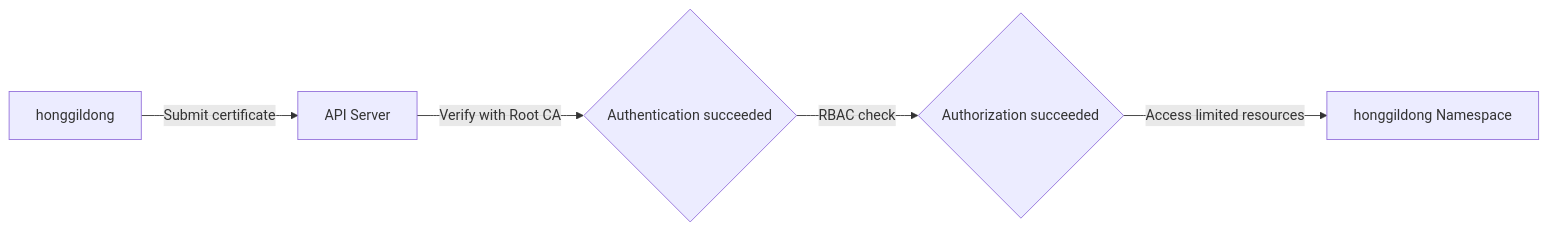
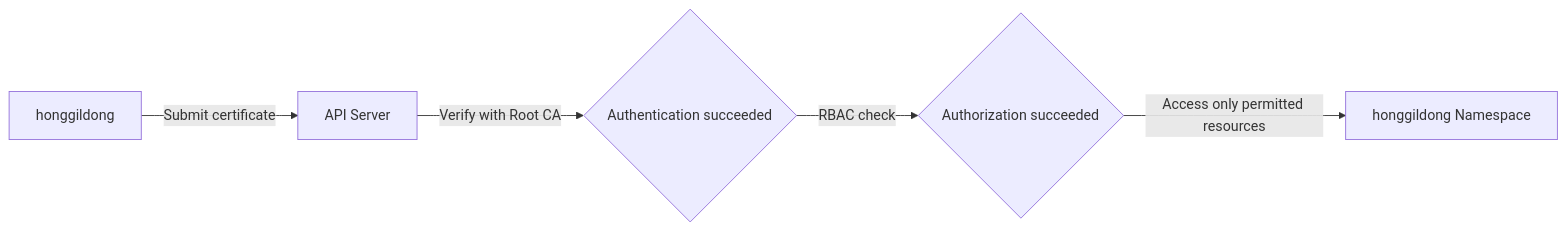
One commit to jeonck/k8s-adv changed the diagram in content/security/04-implementation/31-lab-client-cert-auth.md. Above: the diagram before and after it, drawn with Mermaid. The commit also changed other lines of this file and 53 other files, not shown here.

````diff
--- a/content/security/04-implementation/31-lab-client-cert-auth.md
+++ b/content/security/04-implementation/31-lab-client-cert-auth.md
@@ -26,7 +26,7 @@
 ```mermaid
 graph LR
     User[honggildong] -- "Submit certificate" --> API[API Server]
     API -- "Verify with Root CA" --> AuthN{Authentication succeeded}
     AuthN -- "RBAC check" --> AuthZ{Authorization succeeded}
-    AuthZ -- "Access limited resources" --> NS[honggildong Namespace]
+    AuthZ -- "Access only permitted resources" --> NS[honggildong Namespace]
 ```
````
